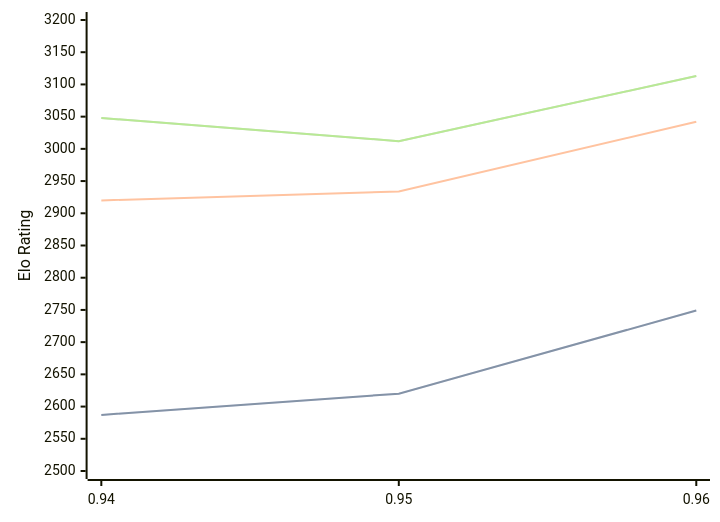
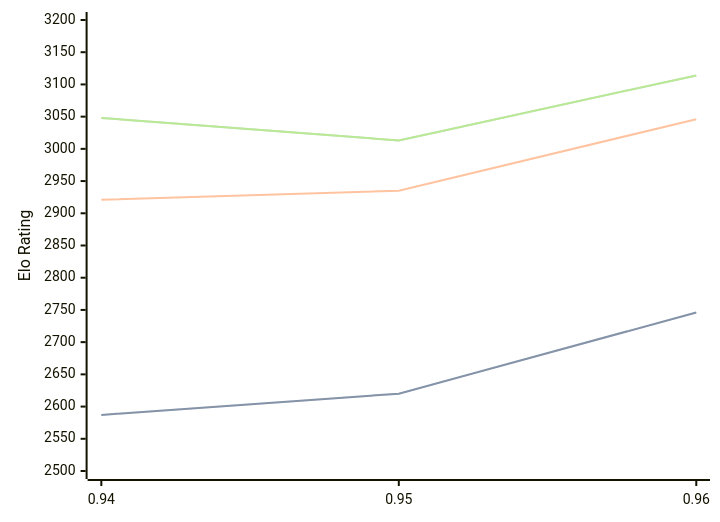
One commit to computer-chess-index/cci changed the first of 3 diagrams in engines/Myrddin.md. Above: the diagram before and after it, drawn with Mermaid. The commit also changed other lines of this file, not shown here.

Commit message:
Update CCI Ratings (ELO VLTC) - 2026-07-12

````diff
--- a/engines/Myrddin.md
+++ b/engines/Myrddin.md
@@ -38,11 +38,11 @@
 ```mermaid
 %%{init: {"theme":"base","themeVariables":{"seriesColors:['#a3a3a3','#222221','#faa371']}}}%%
 xychart-beta
   x-axis ["0.94", "0.95", "0.96"]
   y-axis "Elo Rating" 2500 --> 3200
-  line "STC (8.0+0.08s)" [2587, 2620, 2749]
-  line "STC (8.0+0.08s)" [2587, 2620, 2749]
-  line "LTC (60.0+0.60s)" [2920, 2934, 3042]
-  line "VLTC (2m24s+1.12s)" [3048, 3012, 3113]
-  line "VLTC (2m24s+1.12s)" [3048, 3012, 3113]
+  line "STC (8.0+0.08s)" [2587, 2620, 2746]
+  line "STC (8.0+0.08s)" [2587, 2620, 2746]
+  line "LTC (60.0+0.60s)" [2921, 2935, 3046]
+  line "VLTC (2m24s+1.12s)" [3048, 3013, 3114]
+  line "VLTC (2m24s+1.12s)" [3048, 3013, 3114]
 ```
````
